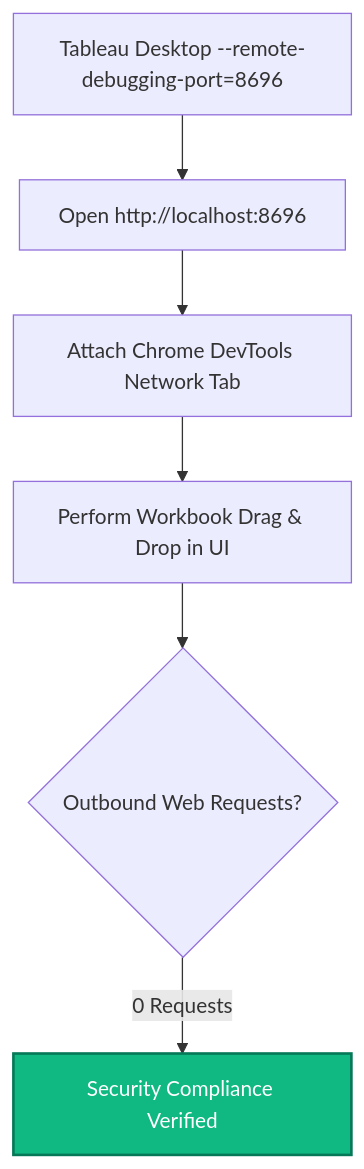
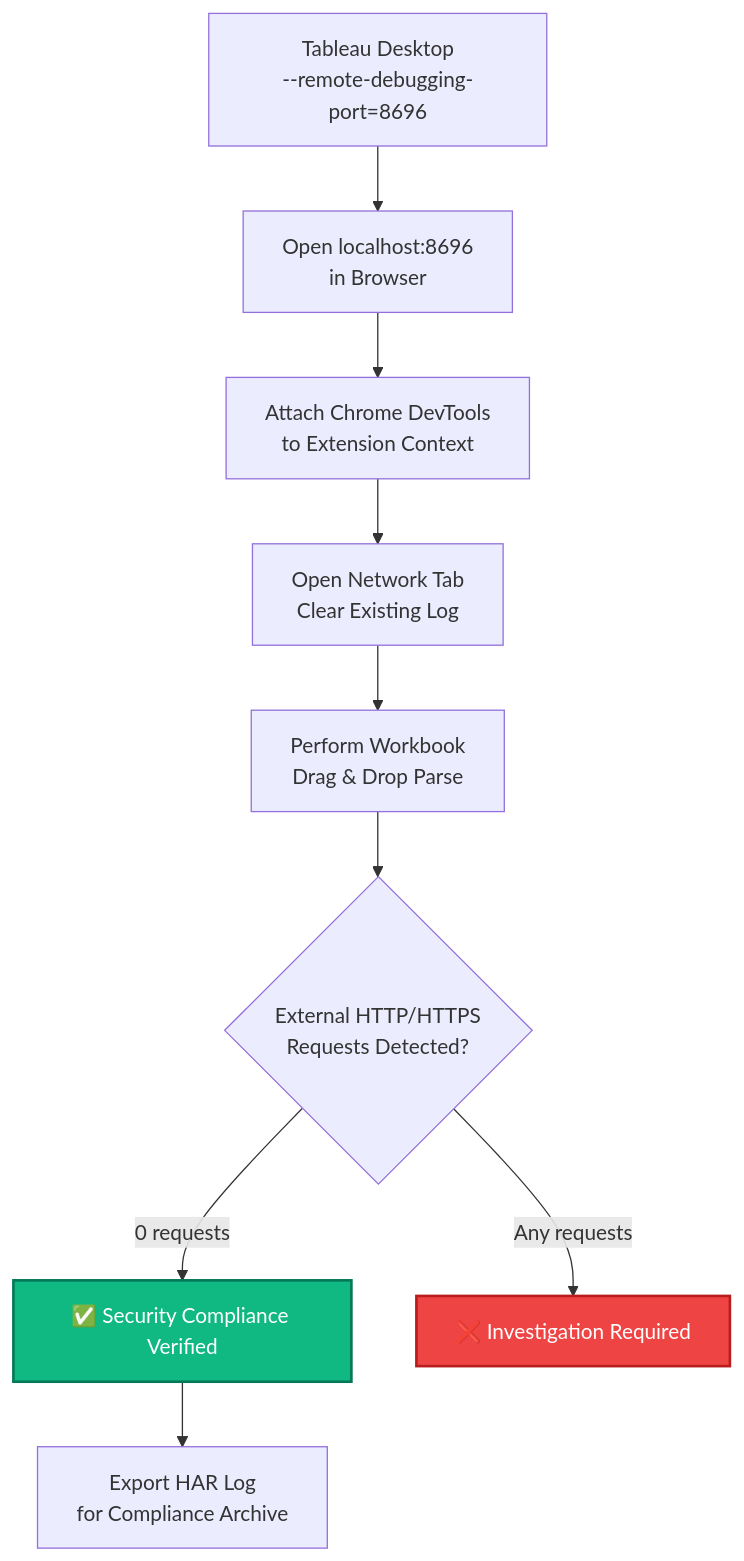
One commit to vyankur/vyankur.github.io changed the third of 5 diagrams in content/insights/workbook-sentinel.md. Above: the diagram before and after it, drawn with Mermaid. The commit also changed other lines of this file and 2 other files, not shown here.

````diff
--- a/content/insights/workbook-sentinel.md
+++ b/content/insights/workbook-sentinel.md
@@ -81,9 +163,13 @@
 ```mermaid
 graph TD
-    A[Tableau Desktop --remote-debugging-port=8696] --> B[Open http://localhost:8696]
-    B --> C[Attach Chrome DevTools Network Tab]
-    C --> D[Perform Workbook Drag & Drop in UI]
-    D --> E{Outbound Web Requests?}
-    E -- 0 Requests --> F[Security Compliance Verified]
-    style F fill:#10B981,stroke:#047857,stroke-width:2px,color:#fff
+    A["Tableau Desktop<br/>--remote-debugging-port=8696"] --> B["Open localhost:8696<br/>in Browser"]
+    B --> C["Attach Chrome DevTools<br/>to Extension Context"]
+    C --> D["Open Network Tab<br/>Clear Existing Log"]
+    D --> E["Perform Workbook<br/>Drag & Drop Parse"]
+    E --> F{"External HTTP/HTTPS<br/>Requests Detected?"}
+    F -- "0 requests" --> G["✅ Security Compliance Verified"]
+    F -- "Any requests" --> H["❌ Investigation Required"]
+    G --> I["Export HAR Log<br/>for Compliance Archive"]
+    style G fill:#10B981,stroke:#047857,stroke-width:2px,color:#fff
+    style H fill:#EF4444,stroke:#B91C1C,stroke-width:2px,color:#fff
 ```
````
